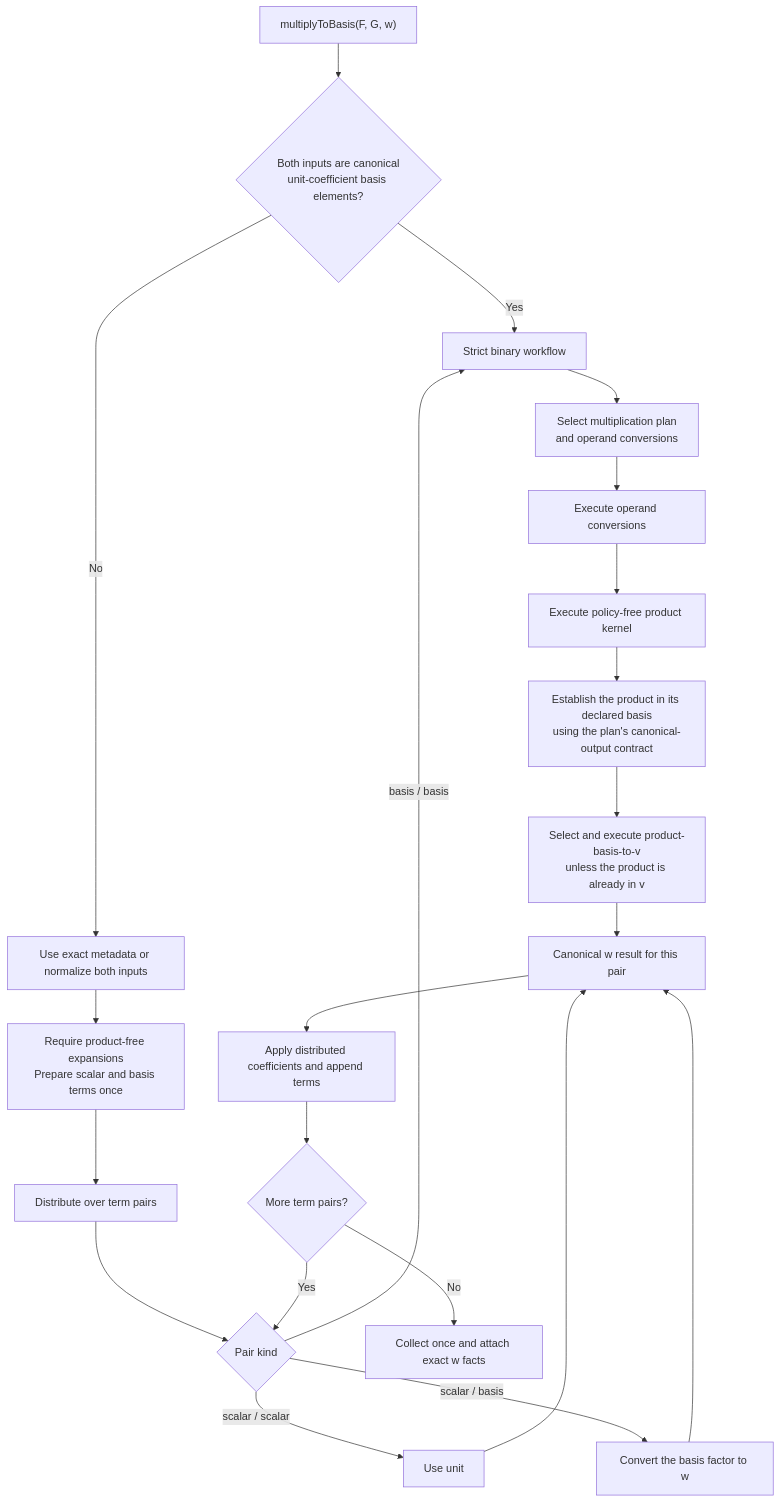
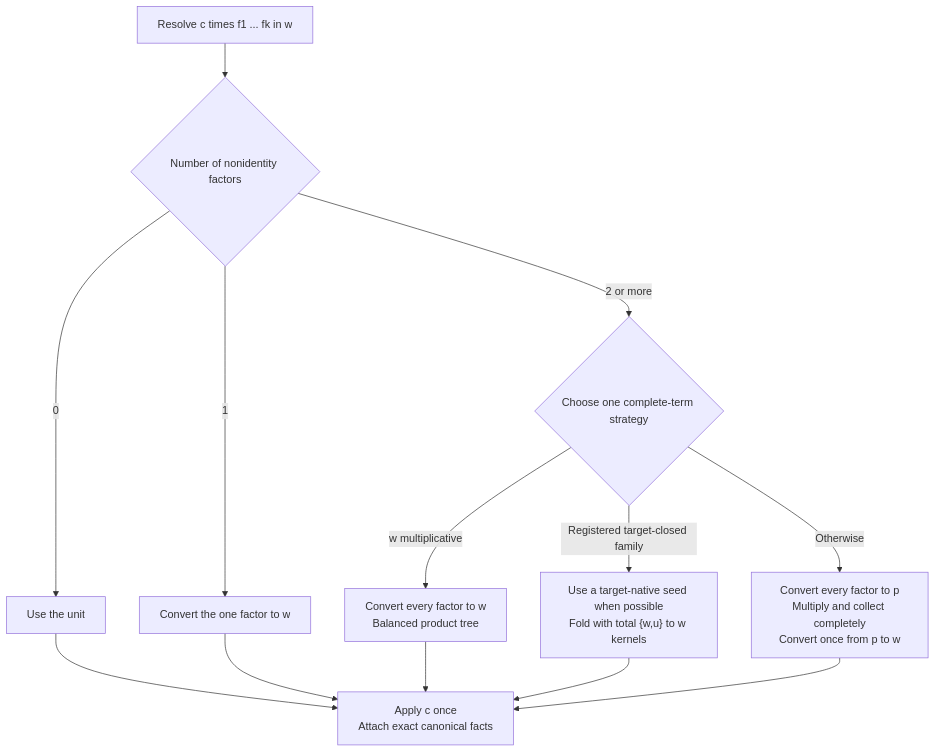
The third of 5 diagrams in M2/Macaulay2/e/symmetric-rings/README-pipelines.md (j-graf/M2), drawn with Mermaid before and after one commit. The commit also changed other lines of this file and 49 other files, not shown here.

````diff
--- a/M2/Macaulay2/e/symmetric-rings/README-pipelines.md
+++ b/M2/Macaulay2/e/symmetric-rings/README-pipelines.md
@@ -343,27 +362,17 @@
 ```mermaid
 flowchart TD
-    A["multiplyToBasis(F, G, w)"] --> B{"Both inputs are canonical<br/>unit-coefficient basis elements?"}
-    B -->|"Yes"| S["Strict binary workflow"]
-    B -->|"No"| C["Use exact metadata or normalize both inputs"]
-    C --> D["Require product-free expansions<br/>Prepare scalar and basis terms once"]
-    D --> E["Distribute over term pairs"]
-    E --> P{"Pair kind"}
+    A["Resolve c times f1 ... fk in w"] --> N{"Number of nonidentity factors"}
+    N -->|"0"| Z["Use the unit"]
+    N -->|"1"| O["Convert the one factor to w"]
+    N -->|"2 or more"| S{"Choose one complete-term strategy"}
 
-    P -->|"scalar / scalar"| U["Use unit"]
-    P -->|"scalar / basis"| V["Convert the basis factor to w"]
-    P -->|"basis / basis"| S
+    S -->|"w multiplicative"| B["Convert every factor to w<br/>Balanced product tree"]
+    S -->|"Registered target-closed family"| H["Use a target-native seed when possible<br/>Fold with total {w,u} to w kernels"]
+    S -->|"Otherwise"| P["Convert every factor to p<br/>Multiply and collect completely<br/>Convert once from p to w"]
 
-    S --> S1["Select multiplication plan<br/>and operand conversions"]
-    S1 --> S2["Execute operand conversions"]
-    S2 --> S3["Execute policy-free product kernel"]
-    S3 --> S4["Establish the product in its declared basis<br/>using the plan's canonical-output contract"]
-    S4 --> S5["Select and execute product-basis-to-v<br/>unless the product is already in v"]
-    S5 --> Q["Canonical w result for this pair"]
-    U --> Q
-    V --> Q
-
-    Q --> T["Apply distributed coefficients and append terms"]
-    T --> W{"More term pairs?"}
-    W -->|"Yes"| P
-    W -->|"No"| R["Collect once and attach exact w facts"]
+    Z --> R["Apply c once<br/>Attach exact canonical facts"]
+    O --> R
+    B --> R
+    H --> R
+    P --> R
 ```
````
